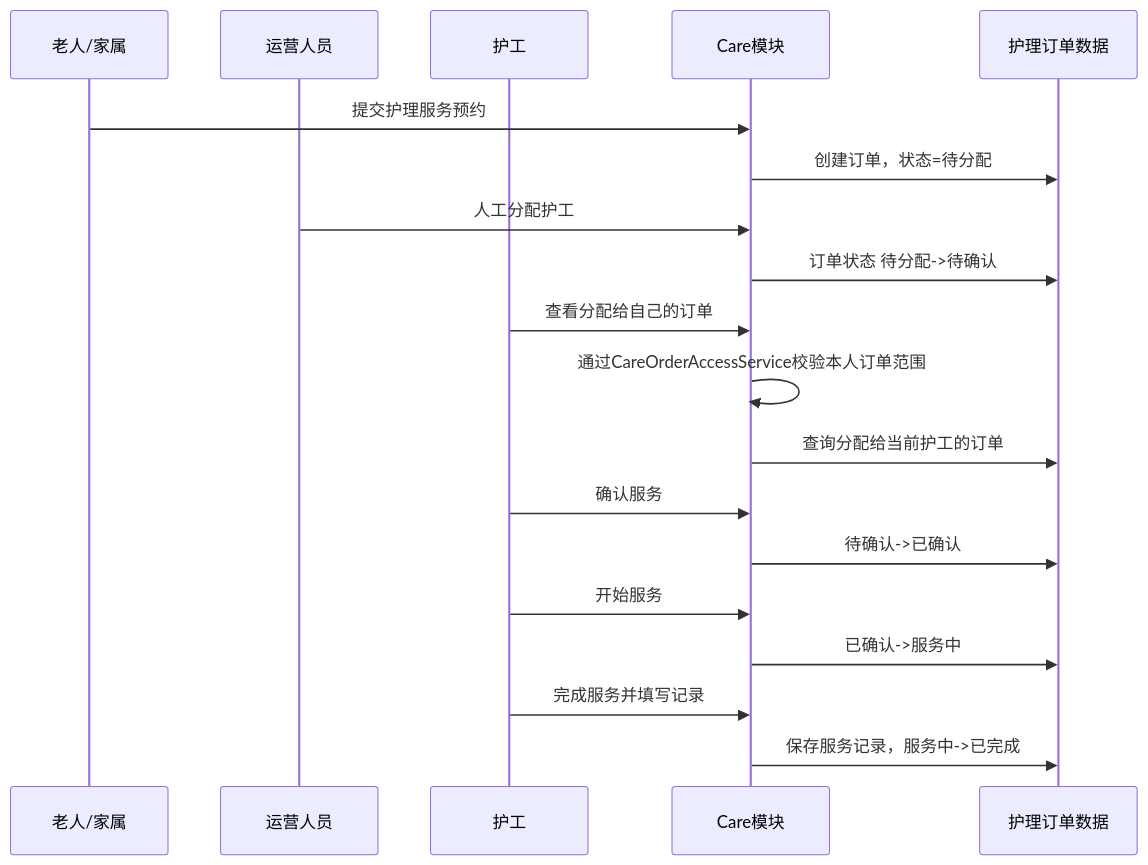
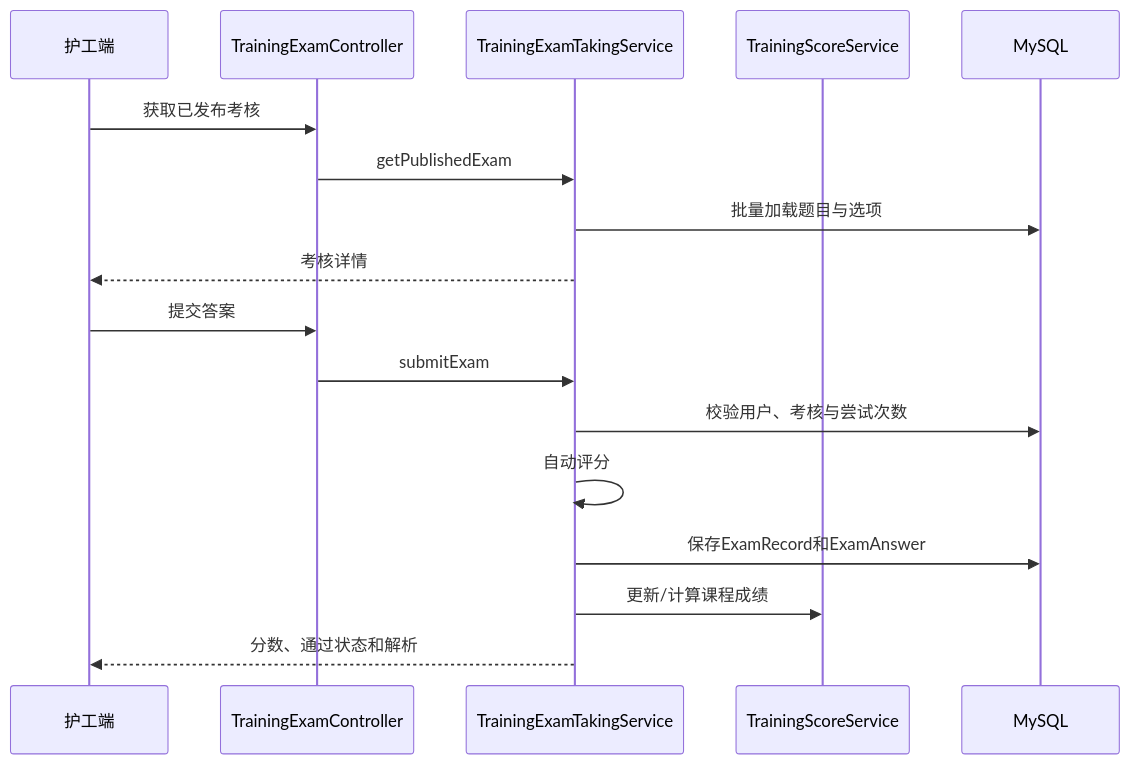
The sixth of 11 diagrams in docs/design/系统分析与设计模型.md (thesantaana/Care-Nexus), drawn with Mermaid before and after one commit. The commit also changed other lines of this file, not shown here.

````diff
--- a/docs/design/系统分析与设计模型.md
+++ b/docs/design/系统分析与设计模型.md
@@ -233,21 +148,20 @@
 ```mermaid
 sequenceDiagram
-    participant F as 老人/家属
-    participant O as 运营人员
-    participant C as 护工
-    participant Care as Care模块
-    participant DB as 护理订单数据
-    F->>Care: 提交护理服务预约
-    Care->>DB: 创建订单，状态=待分配
-    O->>Care: 人工分配护工
-    Care->>DB: 订单状态 待分配->待确认
-    C->>Care: 查看分配给自己的订单
-    Care->>Care: 通过CareOrderAccessService校验本人订单范围
-    Care->>DB: 查询分配给当前护工的订单
-    C->>Care: 确认服务
-    Care->>DB: 待确认->已确认
-    C->>Care: 开始服务
-    Care->>DB: 已确认->服务中
-    C->>Care: 完成服务并填写记录
-    Care->>DB: 保存服务记录，服务中->已完成
+    participant C as 护工端
+    participant E as TrainingExamController
+    participant T as TrainingExamTakingService
+    participant S as TrainingScoreService
+    participant D as MySQL
+
+    C->>E: 获取已发布考核
+    E->>T: getPublishedExam
+    T->>D: 批量加载题目与选项
+    T-->>C: 考核详情
+    C->>E: 提交答案
+    E->>T: submitExam
+    T->>D: 校验用户、考核与尝试次数
+    T->>T: 自动评分
+    T->>D: 保存ExamRecord和ExamAnswer
+    T->>S: 更新/计算课程成绩
+    T-->>C: 分数、通过状态和解析
 ```
````
